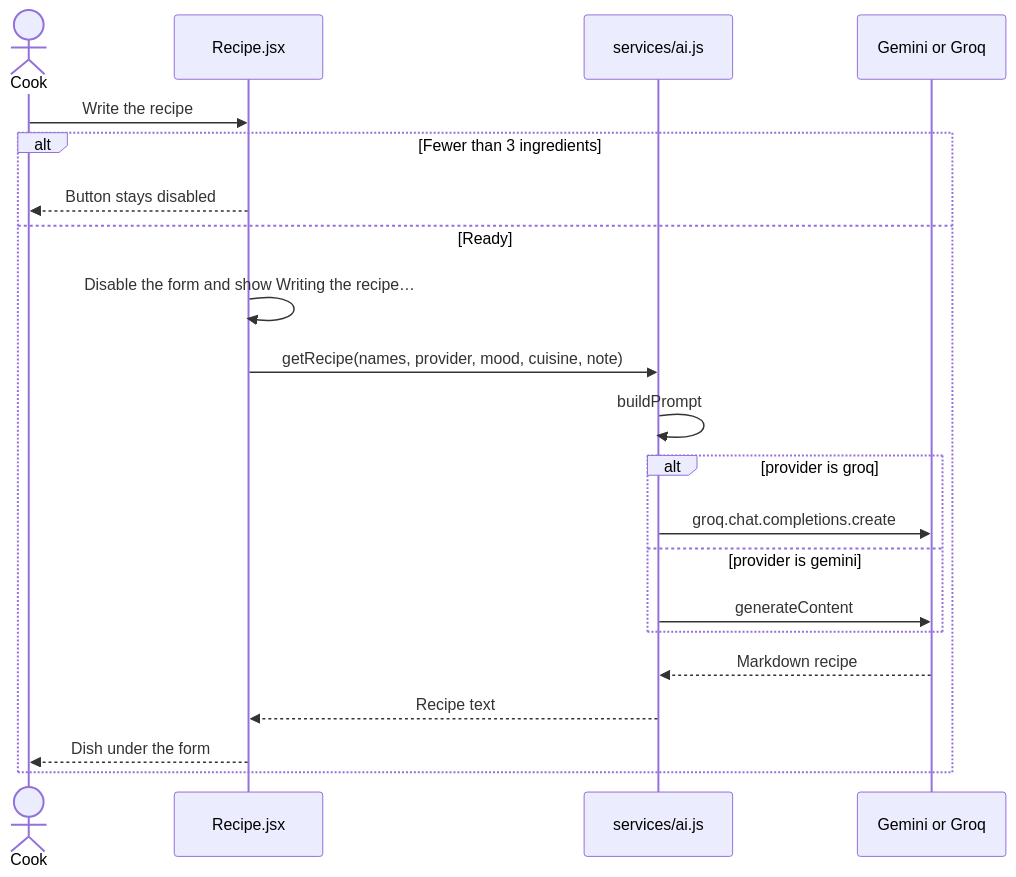
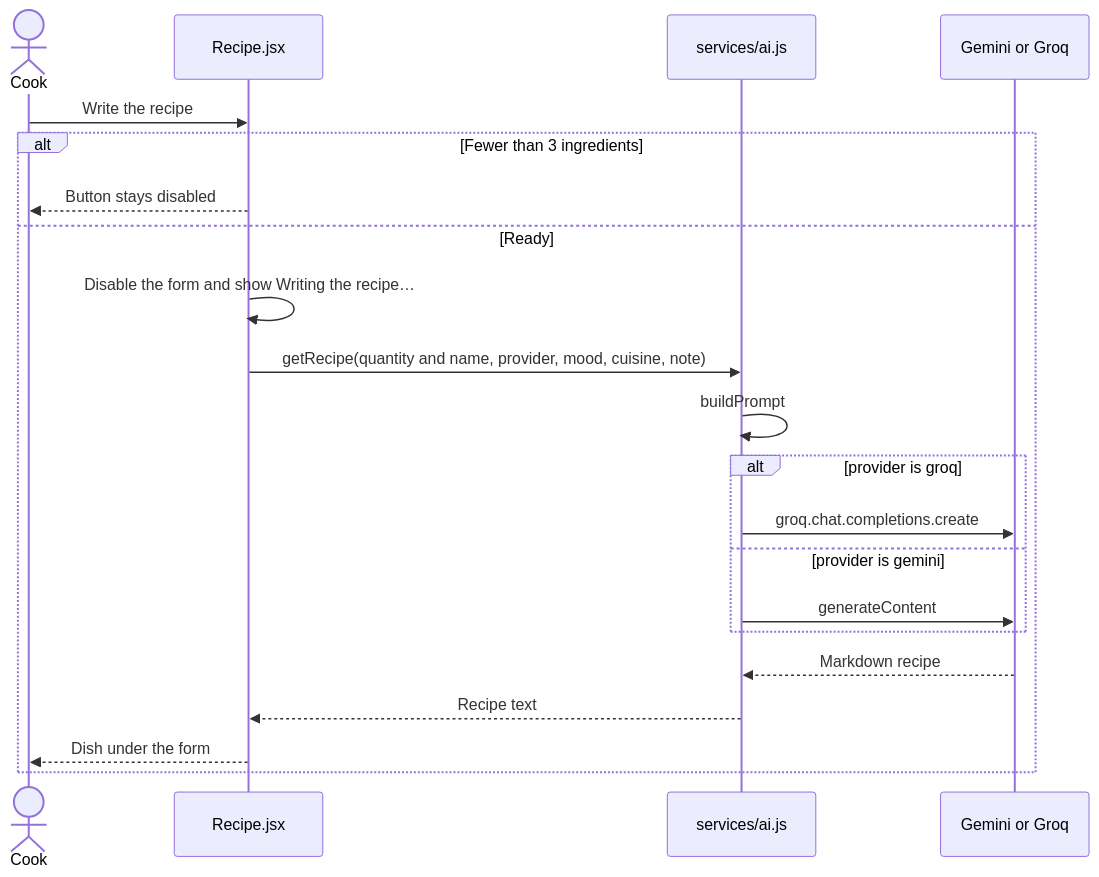
One commit to baldemoussa/AI-cooking-assistant changed the second of 3 diagrams in documentation.md. Above: the diagram before and after it, drawn with Mermaid. The commit also changed other lines of this file and 9 other files, not shown here.

````diff
--- a/documentation.md
+++ b/documentation.md
@@ -42,24 +42,24 @@
 ```mermaid
 sequenceDiagram
   actor Cook
   participant Page as Recipe.jsx
   participant Service as services/ai.js
   participant Model as Gemini or Groq
 
   Cook->>Page: Write the recipe
   alt Fewer than 3 ingredients
     Page-->>Cook: Button stays disabled
   else Ready
     Page->>Page: Disable the form and show Writing the recipe…
-    Page->>Service: getRecipe(names, provider, mood, cuisine, note)
+    Page->>Service: getRecipe(quantity and name, provider, mood, cuisine, note)
     Service->>Service: buildPrompt
     alt provider is groq
       Service->>Model: groq.chat.completions.create
     else provider is gemini
       Service->>Model: generateContent
     end
     Model-->>Service: Markdown recipe
     Service-->>Page: Recipe text
     Page-->>Cook: Dish under the form
   end
 ```
````
